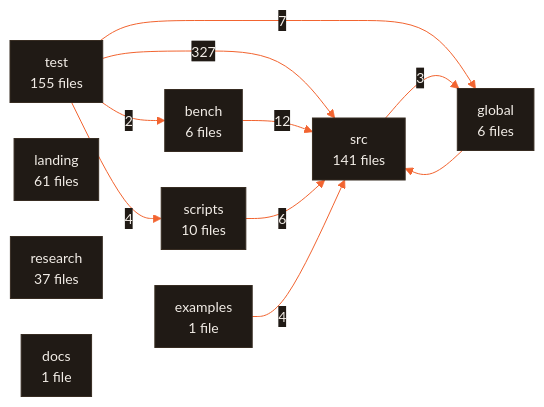
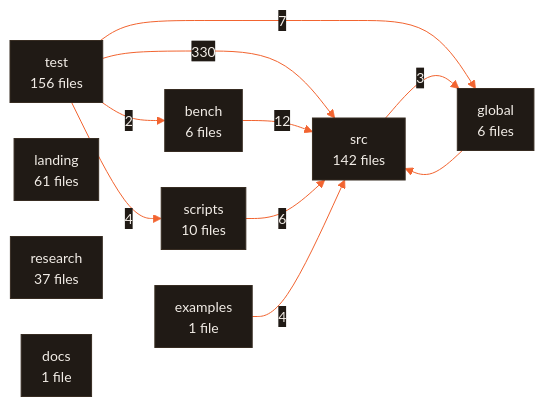
Before and after one commit to CodeWithJuber/forgekit: the diagram in ARCHITECTURE.md, drawn with Mermaid. The commit also changed other lines of this file and 15 other files, not shown here.

````diff
--- a/ARCHITECTURE.md
+++ b/ARCHITECTURE.md
@@ -677,22 +680,22 @@
 ```mermaid
 %%{init: {'theme':'base','themeVariables':{'primaryColor':'#201a15','primaryTextColor':'#f2ede7','primaryBorderColor':'#372c22','lineColor':'#f26430','secondaryColor':'#272019','tertiaryColor':'#171310','edgeLabelBackground':'#201a15','clusterBkg':'#171310','clusterBorder':'#4a3b2e','fontFamily':'ui-sans-serif, system-ui, sans-serif','fontSize':'14px'},'flowchart':{'curve':'basis','padding':10,'nodeSpacing':36,'rankSpacing':44}}}%%
 flowchart LR
-  test["test<br/>155 files"]
-  src["src<br/>141 files"]
+  test["test<br/>156 files"]
+  src["src<br/>142 files"]
   landing["landing<br/>61 files"]
   research["research<br/>37 files"]
   scripts["scripts<br/>10 files"]
   bench["bench<br/>6 files"]
   global["global<br/>6 files"]
   docs["docs<br/>1 file"]
   examples["examples<br/>1 file"]
-  test -- 327 --> src
+  test -- 330 --> src
   bench -- 12 --> src
   test -- 7 --> global
   scripts -- 6 --> src
   examples -- 4 --> src
   test -- 4 --> scripts
   src -- 3 --> global
   test -- 2 --> bench
   global --> src
 ```
````
